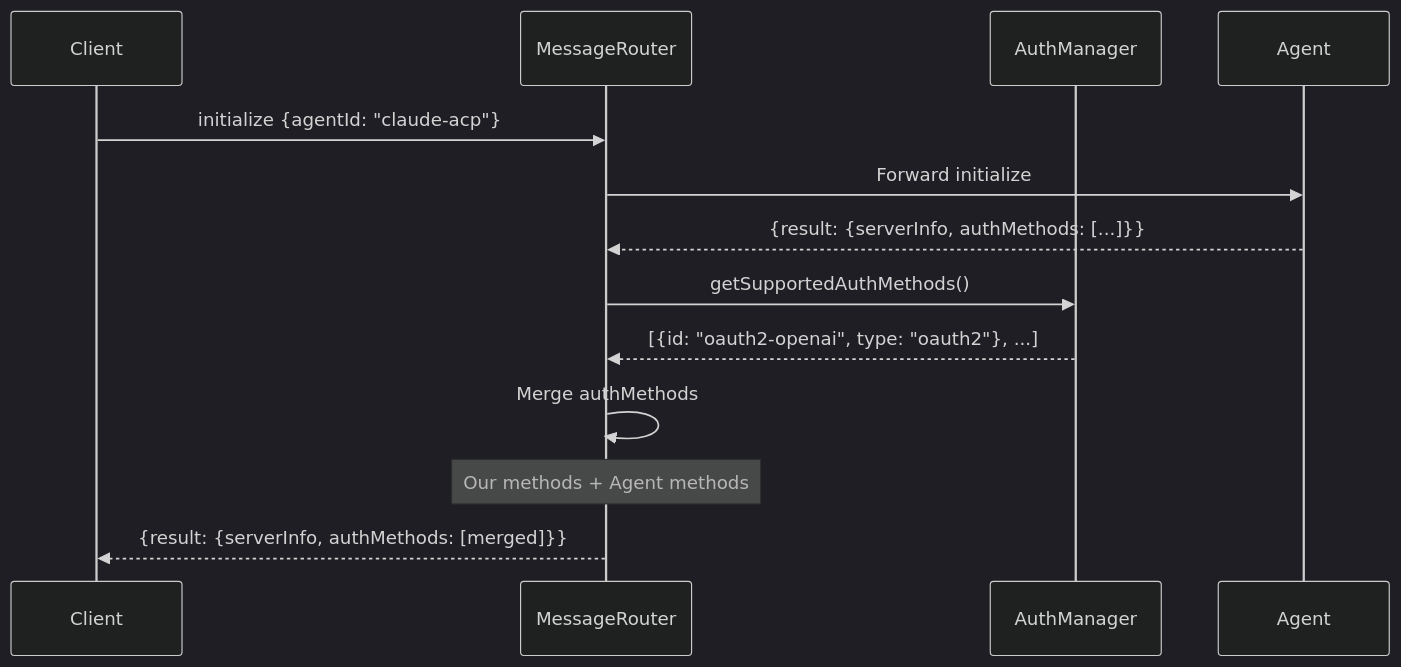
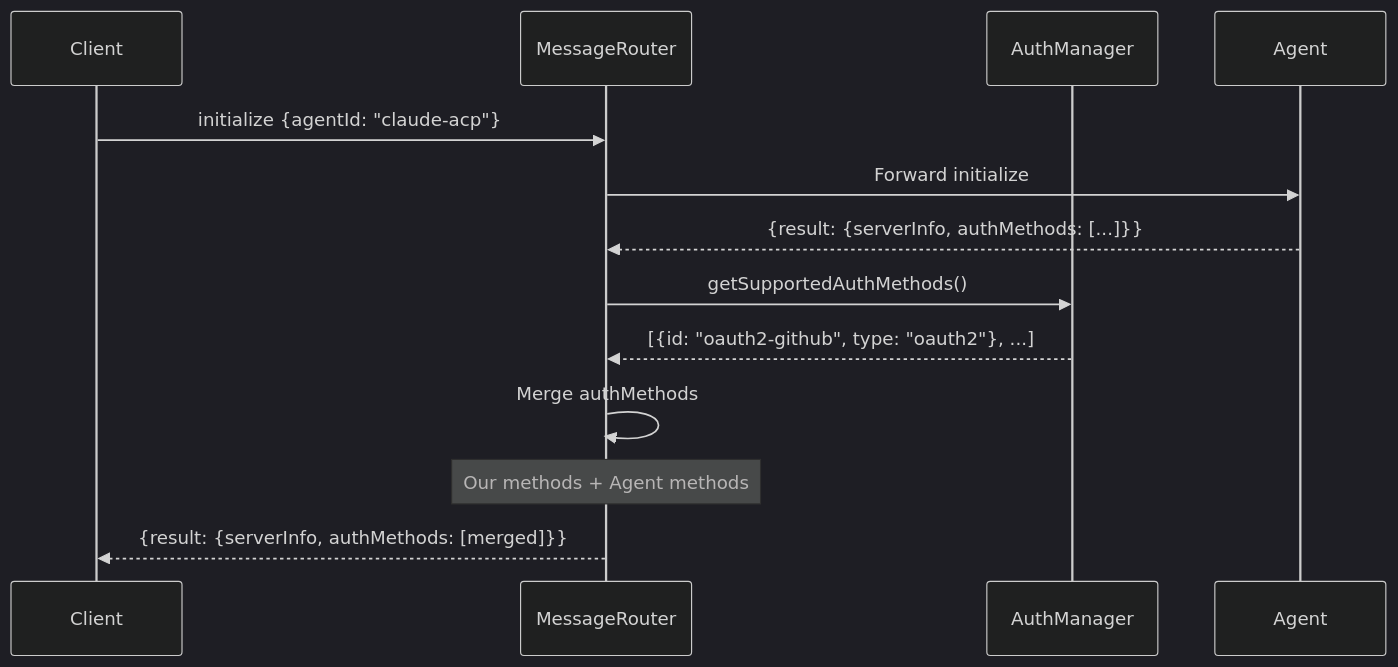
One commit to stdiobus/workers-registry changed the third of 6 diagrams in docs/oauth/technical-reference.md. Above: the diagram before and after it, drawn with Mermaid (dark theme). The commit also changed other lines of this file and 29 other files, not shown here.

````diff
--- a/docs/oauth/technical-reference.md
+++ b/docs/oauth/technical-reference.md
@@ -321,19 +507,19 @@
 ```mermaid
 sequenceDiagram
     participant Client
     participant Router as MessageRouter
     participant AM as AuthManager
     participant Agent
 
     Client->>Router: initialize {agentId: "claude-acp"}
     Router->>Agent: Forward initialize
     Agent-->>Router: {result: {serverInfo, authMethods: [...]}}
     
     Router->>AM: getSupportedAuthMethods()
-    AM-->>Router: [{id: "oauth2-openai", type: "oauth2"}, ...]
+    AM-->>Router: [{id: "oauth2-github", type: "oauth2"}, ...]
     
     Router->>Router: Merge authMethods
     Note over Router: Our methods + Agent methods
     
     Router-->>Client: {result: {serverInfo, authMethods: [merged]}}
 ```
````
